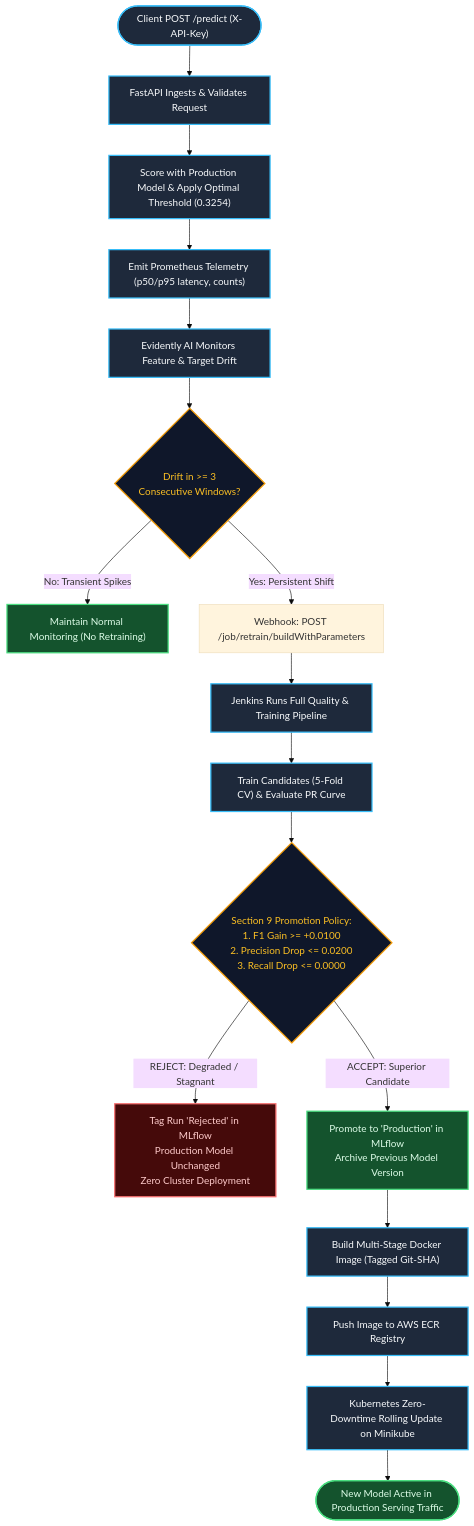
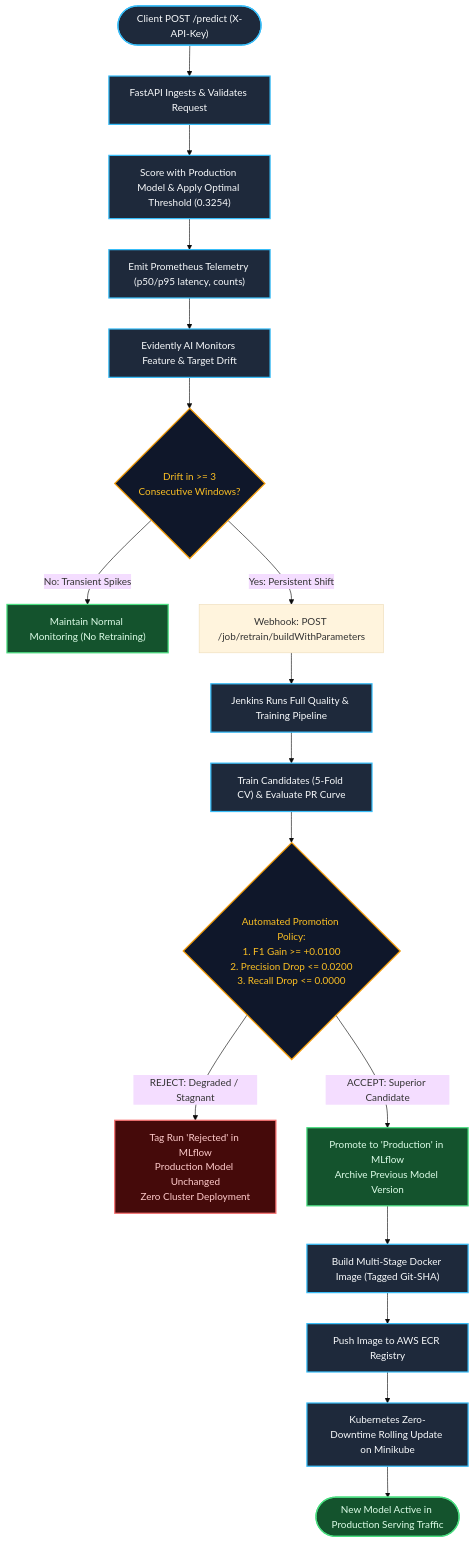
Before and after one commit to aakash1552005/telco-churn-mlops: the second of 2 diagrams in README.md, drawn with Mermaid (base theme). The commit also changed other lines of this file and 2 other files, not shown here.

````diff
--- a/README.md
+++ b/README.md
@@ -271,33 +273,33 @@
 ```mermaid
 flowchart TD
     classDef action fill:#1e293b,stroke:#38bdf8,stroke-width:2px,color:#f8fafc;
     classDef decision fill:#0f172a,stroke:#f59e0b,stroke-width:2px,color:#fbbf24;
     classDef success fill:#14532d,stroke:#4ade80,stroke-width:2px,color:#dcfce7;
     classDef fail fill:#450a0a,stroke:#f87171,stroke-width:2px,color:#fecaca;
 
     START(["Client POST /predict (X-API-Key)"]) --> SERVE["FastAPI Ingests & Validates Request"]
     SERVE --> PREDICT["Score with Production Model & Apply Optimal Threshold (0.3254)"]
     PREDICT --> METRICS["Emit Prometheus Telemetry (p50/p95 latency, counts)"]
     METRICS --> DRIFT_EVAL["Evidently AI Monitors Feature & Target Drift"]
 
     DRIFT_EVAL --> DRIFT_COND{"Drift in >= 3\nConsecutive Windows?"}
     DRIFT_COND -->|No: Transient Spikes| MONITOR_OK["Maintain Normal Monitoring (No Retraining)"]
     DRIFT_COND -->|Yes: Persistent Shift| TRIGGER["Webhook: POST /job/retrain/buildWithParameters"]
 
     TRIGGER --> JENKINS_BUILD["Jenkins Runs Full Quality & Training Pipeline"]
     JENKINS_BUILD --> TRAIN_EVAL["Train Candidates (5-Fold CV) & Evaluate PR Curve"]
-    TRAIN_EVAL --> GATE{"Section 9 Promotion Policy:\n1. F1 Gain >= +0.0100\n2. Precision Drop <= 0.0200\n3. Recall Drop <= 0.0000"}
+    TRAIN_EVAL --> GATE{"Automated Promotion Policy:\n1. F1 Gain >= +0.0100\n2. Precision Drop <= 0.0200\n3. Recall Drop <= 0.0000"}
 
     GATE -->|REJECT: Degraded / Stagnant| REJECT_FLOW["Tag Run 'Rejected' in MLflow\nProduction Model Unchanged\nZero Cluster Deployment"]
     GATE -->|ACCEPT: Superior Candidate| ACCEPT_FLOW["Promote to 'Production' in MLflow\nArchive Previous Model Version"]
 
     ACCEPT_FLOW --> DOCKER_BUILD["Build Multi-Stage Docker Image (Tagged Git-SHA)"]
     DOCKER_BUILD --> ECR_PUSH["Push Image to AWS ECR Registry"]
     ECR_PUSH --> K8S_ROLL["Kubernetes Zero-Downtime Rolling Update on Minikube"]
     K8S_ROLL --> PROD_LIVE(["New Model Active in Production Serving Traffic"])
 
     class START,SERVE,PREDICT,METRICS,DRIFT_EVAL,JENKINS_BUILD,TRAIN_EVAL,DOCKER_BUILD,ECR_PUSH,K8S_ROLL action;
     class DRIFT_COND,GATE decision;
     class ACCEPT_FLOW,PROD_LIVE,MONITOR_OK success;
     class REJECT_FLOW fail;
 ```
````
